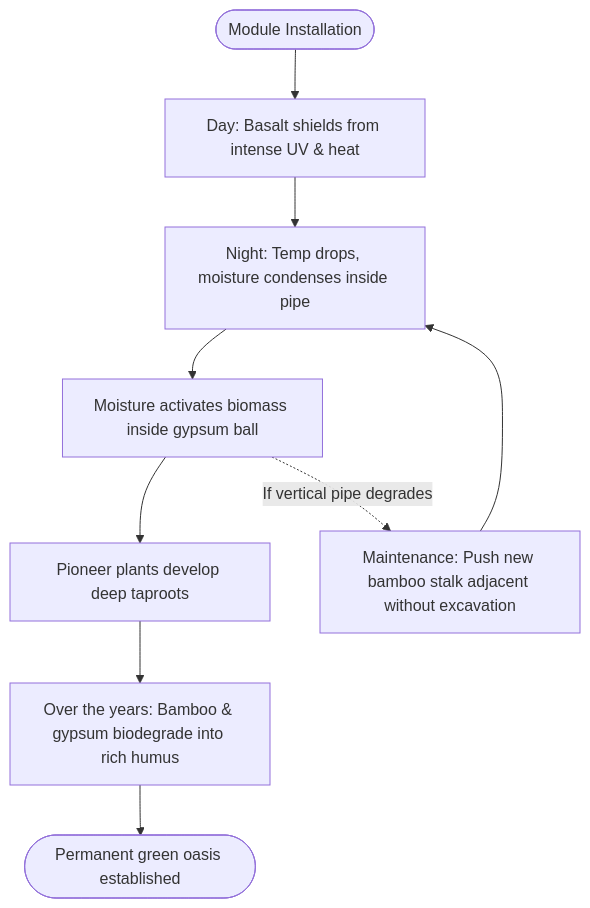
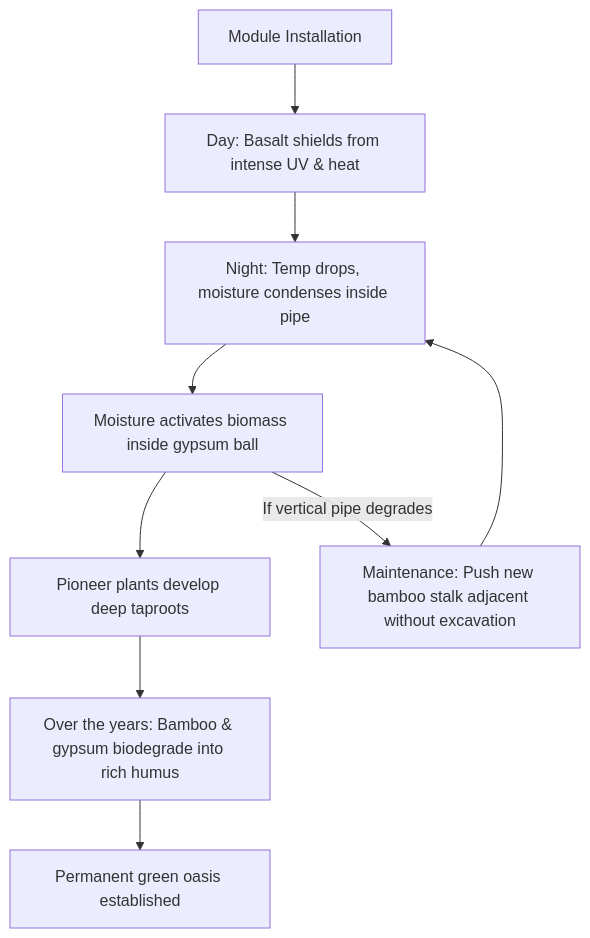
One commit to masakertsa/one-drop-oasis changed the second of 2 diagrams in README.md. Above: the diagram before and after it, drawn with Mermaid.

````diff
--- a/README.md
+++ b/README.md
@@ -41,12 +41,12 @@
 ```mermaid
 graph TD
-    Start([Module Installation]) --> Day[Day: Basalt shields from intense UV & heat]
+    Start[Module Installation] --> Day[Day: Basalt shields from intense UV & heat]
     Day --> Night[Night: Temp drops, moisture condenses inside pipe]
     Night --> Moisture[Moisture activates biomass inside gypsum ball]
     Moisture --> Growth[Pioneer plants develop deep taproots]
     Growth --> Years[Over the years: Bamboo & gypsum biodegrade into rich humus]
-    Years --> End([Permanent green oasis established])
+    Years --> End[Permanent green oasis established]
     
-    Moisture -.->|If vertical pipe degrades| Maintenance[Maintenance: Push new bamboo stalk adjacent without excavation]
+    Moisture -->|If vertical pipe degrades| Maintenance[Maintenance: Push new bamboo stalk adjacent without excavation]
     Maintenance --> Night
 ```
````
